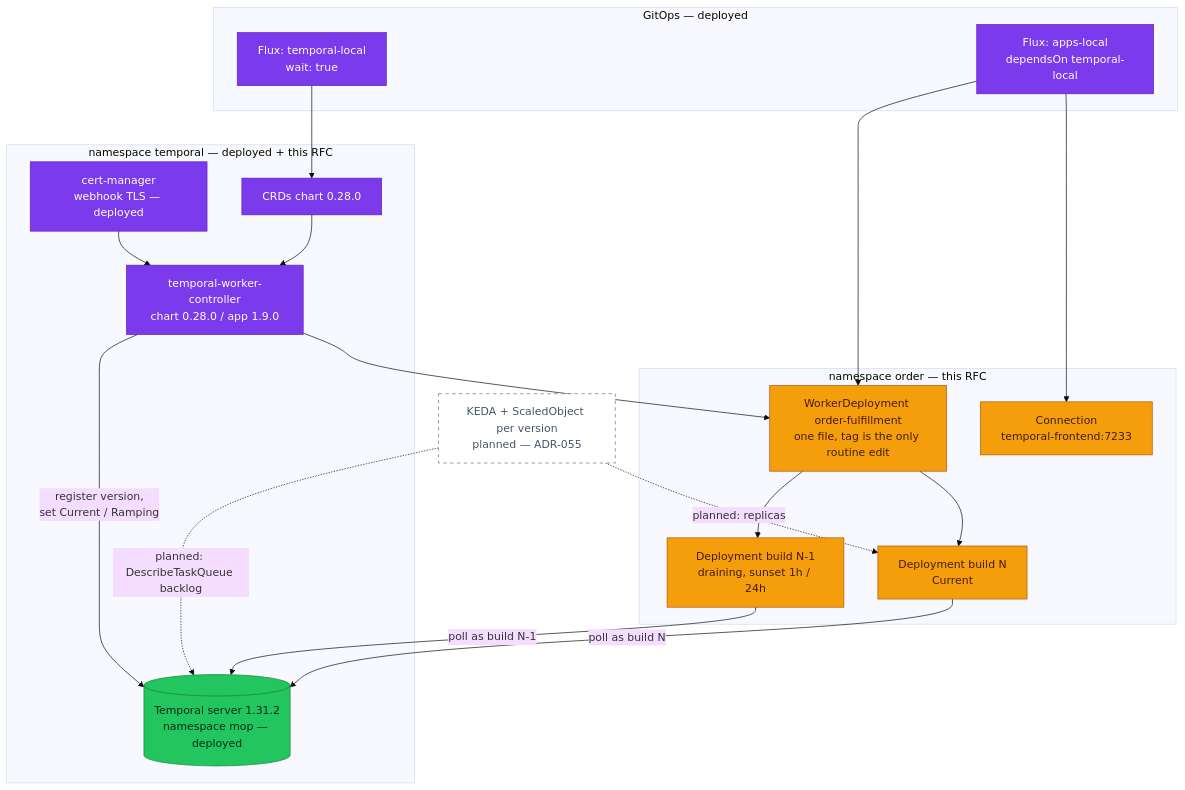
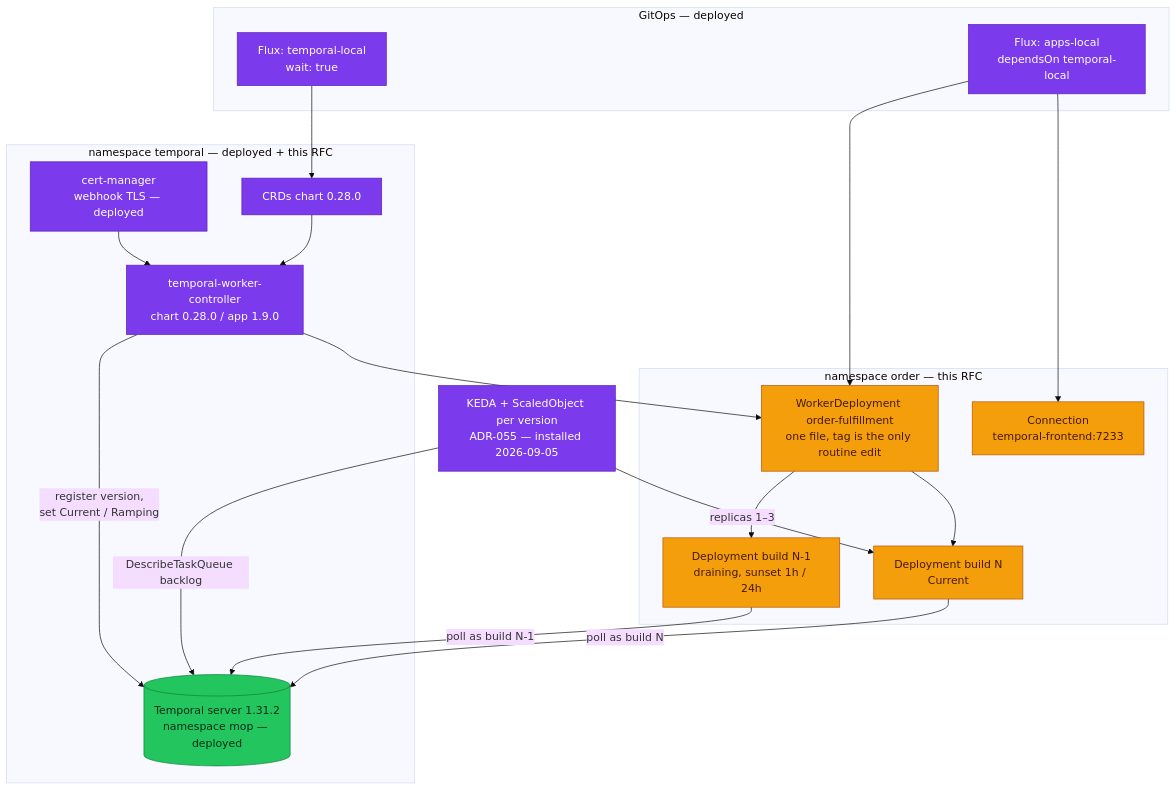
One commit to duynhlab/homelab changed the second of 2 diagrams in docs/proposals/rfc/RFC-0026/README.md. Above: the diagram before and after it, drawn with Mermaid (base theme). The commit also changed other lines of this file and 52 other files, not shown here.

First line of the commit message:
Install KEDA autoscaling for Temporal workers (ADR-055) (#996)

````diff
--- a/docs/proposals/rfc/RFC-0026/README.md
+++ b/docs/proposals/rfc/RFC-0026/README.md
@@ -160,45 +162,45 @@
 ```mermaid
 flowchart TD
   subgraph git["GitOps — deployed"]
     flux["Flux: temporal-local<br/>wait: true"]
     appsk["Flux: apps-local<br/>dependsOn temporal-local"]
   end
 
   subgraph ns["namespace temporal — deployed + this RFC"]
     cm["cert-manager<br/>webhook TLS — deployed"]
     crds["CRDs chart 0.28.0"]
     twc["temporal-worker-controller<br/>chart 0.28.0 / app 1.9.0"]
     ts[("Temporal server 1.31.2<br/>namespace mop — deployed")]
   end
 
   subgraph nso["namespace order — this RFC"]
     conn["Connection<br/>temporal-frontend:7233"]
     wd["WorkerDeployment order-fulfillment<br/>one file, tag is the only routine edit"]
     d1["Deployment build N<br/>Current"]
     d2["Deployment build N-1<br/>draining, sunset 1h / 24h"]
   end
 
-  keda["KEDA + ScaledObject per version<br/>planned — ADR-055"]
+  keda["KEDA + ScaledObject per version<br/>ADR-055 — installed 2026-09-05"]
 
   flux --> crds --> twc
   cm --> twc
   appsk --> conn
   appsk --> wd
   twc --> wd
   wd --> d1
   wd --> d2
   twc -->|"register version,<br/>set Current / Ramping"| ts
   d1 -->|"poll as build N"| ts
   d2 -->|"poll as build N-1"| ts
-  keda -.->|"planned: DescribeTaskQueue backlog"| ts
-  keda -.->|"planned: replicas"| d1
+  keda -->|"DescribeTaskQueue backlog"| ts
+  keda -->|"replicas 1–3"| d1
 
   classDef platform fill:#7c3aed,color:#fff,stroke:#5b21b6;
   classDef worker fill:#f59e0b,color:#451a03,stroke:#b45309;
   classDef data fill:#22c55e,color:#052e16,stroke:#15803d;
   classDef planned fill:#fff,color:#475569,stroke:#64748b,stroke-dasharray:5 5;
   class flux,appsk,cm,crds,twc platform
   class conn,wd,d1,d2 worker
   class ts data
-  class keda planned
+  class keda platform
 ```
````
